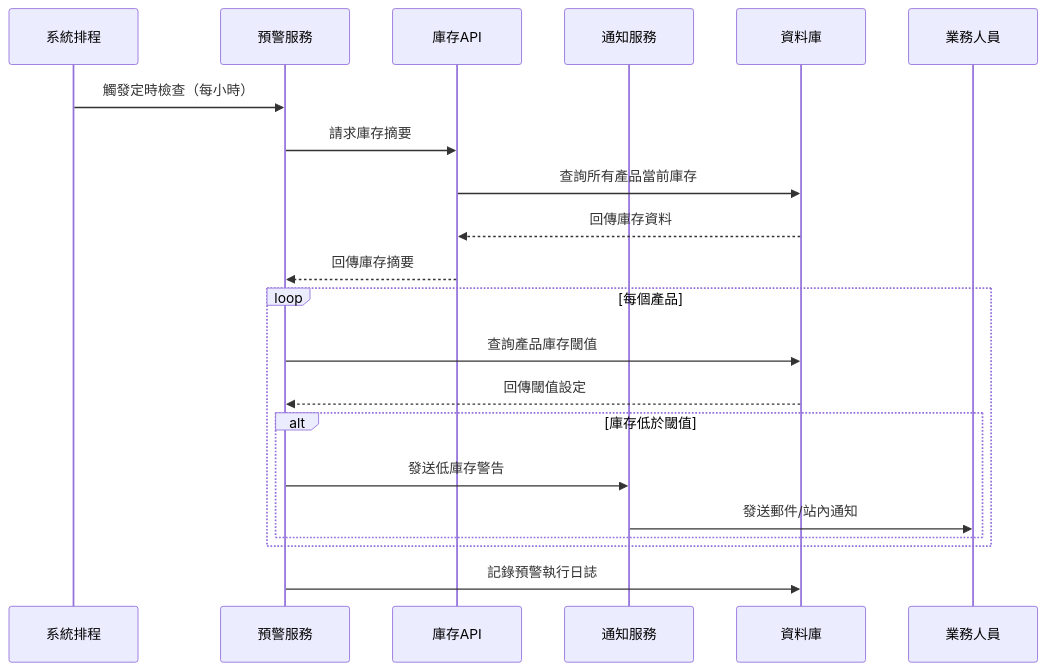
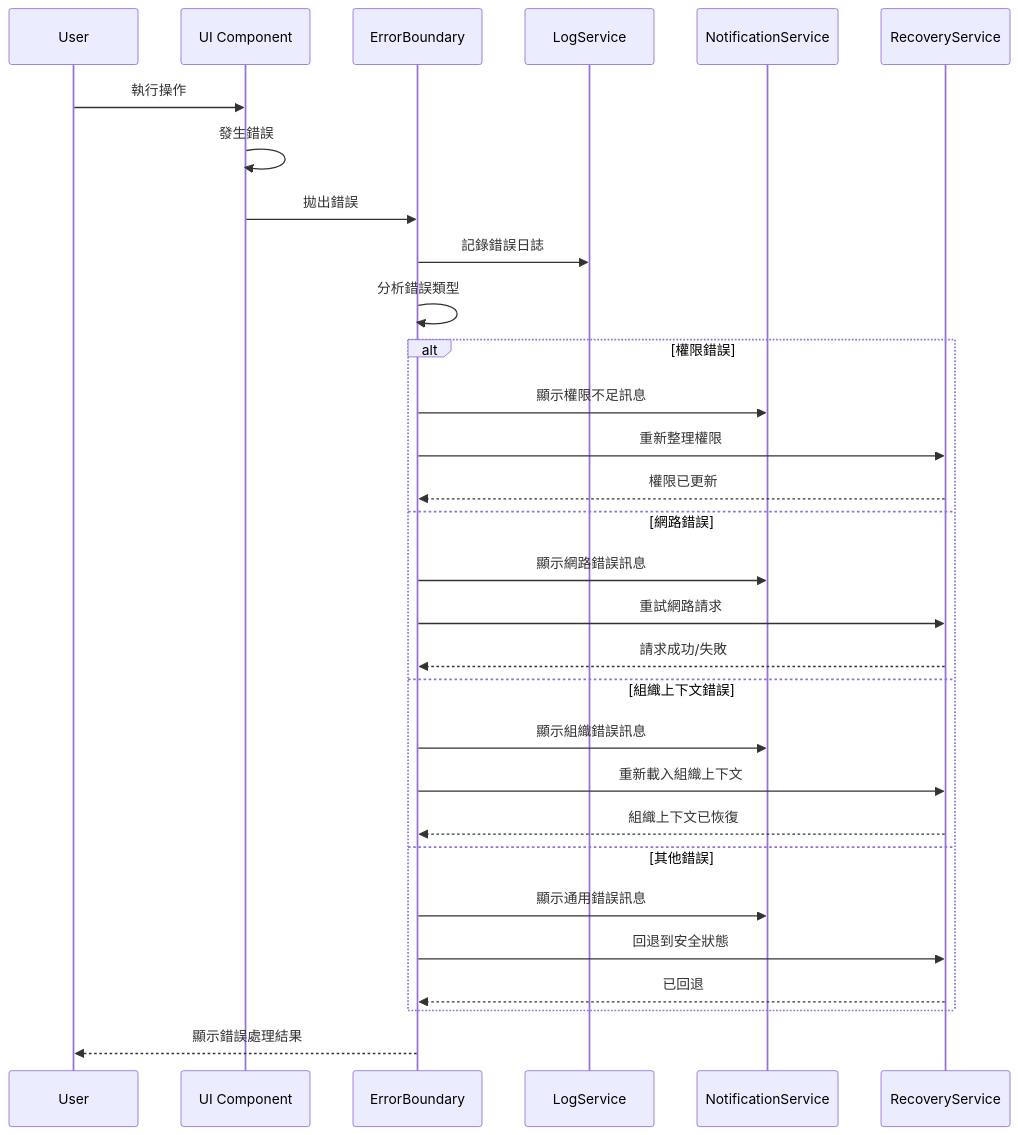
Before and after one commit to quinticechen/qerp-system: diagram 14 of 18 in docs/SEQUENCE_DIAGRAMS.md, drawn with Mermaid. The commit also changed other lines of this file and 9 other files, not shown here.

````diff
--- a/docs/SEQUENCE_DIAGRAMS.md
+++ b/docs/SEQUENCE_DIAGRAMS.md
@@ -413,26 +498,36 @@
 ```mermaid
 sequenceDiagram
-    participant System as 系統排程
-    participant AlertService as 預警服務
-    participant InventoryAPI as 庫存API
-    participant NotificationService as 通知服務
-    participant DB as 資料庫
-    participant Sales as 業務人員
+    participant U as User
+    participant UI as UI Component
+    participant ES as ErrorBoundary
+    participant LS as LogService
+    participant NS as NotificationService
+    participant Recovery as RecoveryService
 
-    System->>AlertService: 觸發定時檢查（每小時）
-    AlertService->>InventoryAPI: 請求庫存摘要
-    InventoryAPI->>DB: 查詢所有產品當前庫存
-    DB-->>InventoryAPI: 回傳庫存資料
-    InventoryAPI-->>AlertService: 回傳庫存摘要
+    U->>UI: 執行操作
+    UI->>UI: 發生錯誤
+    UI->>ES: 拋出錯誤
     
-    loop 每個產品
-        AlertService->>DB: 查詢產品庫存閾值
-        DB-->>AlertService: 回傳閾值設定
-        alt 庫存低於閾值
-            AlertService->>NotificationService: 發送低庫存警告
-            NotificationService->>Sales: 發送郵件/站內通知
-        end
+    ES->>LS: 記錄錯誤日誌
+    ES->>ES: 分析錯誤類型
+    
+    alt 權限錯誤
+        ES->>NS: 顯示權限不足訊息
+        ES->>Recovery: 重新整理權限
+        Recovery-->>ES: 權限已更新
+    else 網路錯誤
+        ES->>NS: 顯示網路錯誤訊息
+        ES->>Recovery: 重試網路請求
+        Recovery-->>ES: 請求成功/失敗
+    else 組織上下文錯誤
+        ES->>NS: 顯示組織錯誤訊息
+        ES->>Recovery: 重新載入組織上下文
+        Recovery-->>ES: 組織上下文已恢復
+    else 其他錯誤
+        ES->>NS: 顯示通用錯誤訊息
+        ES->>Recovery: 回退到安全狀態
+        Recovery-->>ES: 已回退
     end
     
-    AlertService->>DB: 記錄預警執行日誌
+    ES-->>U: 顯示錯誤處理結果
 ```
````
